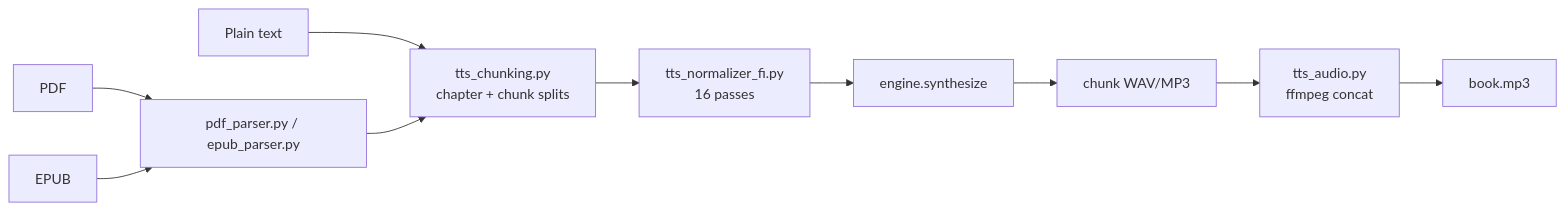
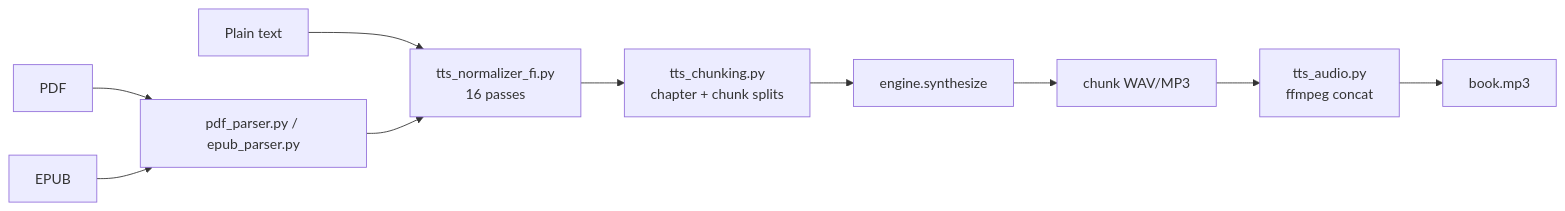
The fourth of 6 diagrams in docs/ARCHITECTURE.md (MikkoNumminen/AudiobookMaker), drawn with Mermaid before and after one commit. The commit also changed other lines of this file and 2 other files, not shown here.

Commit message:
docs: fix text-pipeline diagram order to match tts_engine code (norm before chunking)

````diff
--- a/docs/ARCHITECTURE.md
+++ b/docs/ARCHITECTURE.md
@@ -103,12 +103,12 @@
 ```mermaid
 flowchart LR
     PDF[PDF] --> Parsers[pdf_parser.py / epub_parser.py]
     EPUB[EPUB] --> Parsers
-    Text[Plain text] --> Chunker
-    Parsers --> Chunker[tts_chunking.py<br/>chapter + chunk splits]
-    Chunker --> Norm[tts_normalizer_fi.py<br/>16 passes]
-    Norm --> Engine[engine.synthesize]
+    Text[Plain text] --> Norm
+    Parsers --> Norm[tts_normalizer_fi.py<br/>16 passes]
+    Norm --> Chunker[tts_chunking.py<br/>chapter + chunk splits]
+    Chunker --> Engine[engine.synthesize]
     Engine --> Wav[chunk WAV/MP3]
     Wav --> Audio[tts_audio.py<br/>ffmpeg concat]
     Audio --> Final[book.mp3]
 ```
````
